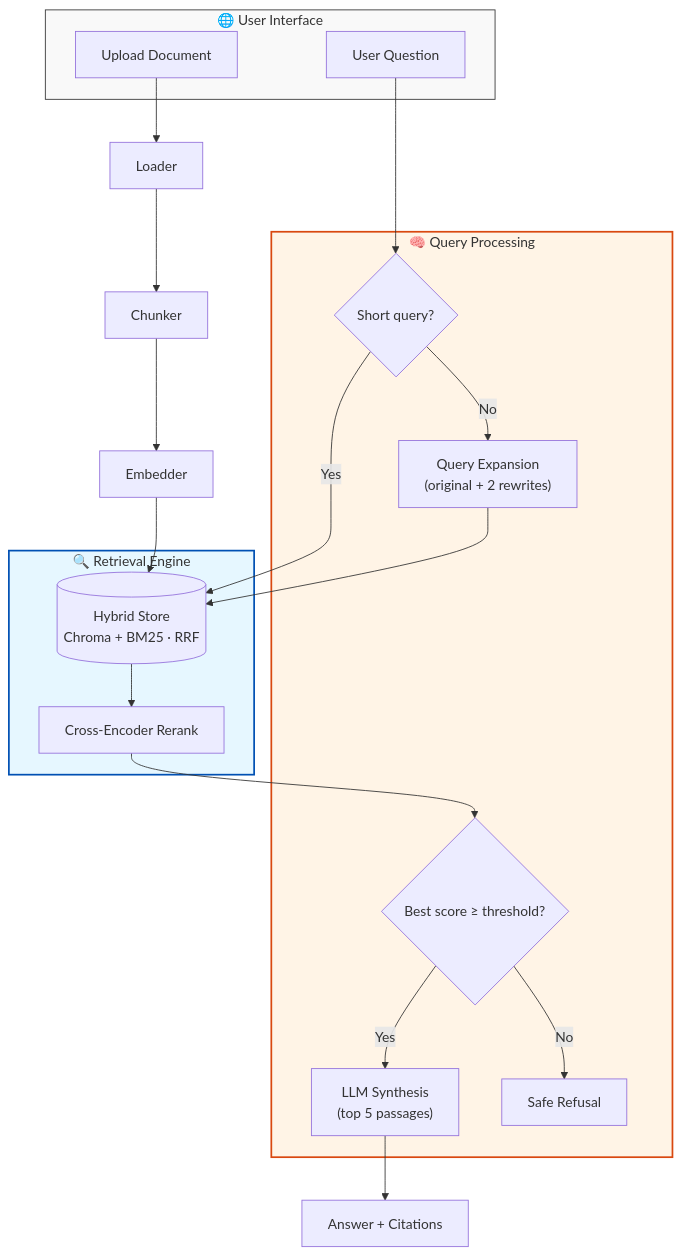
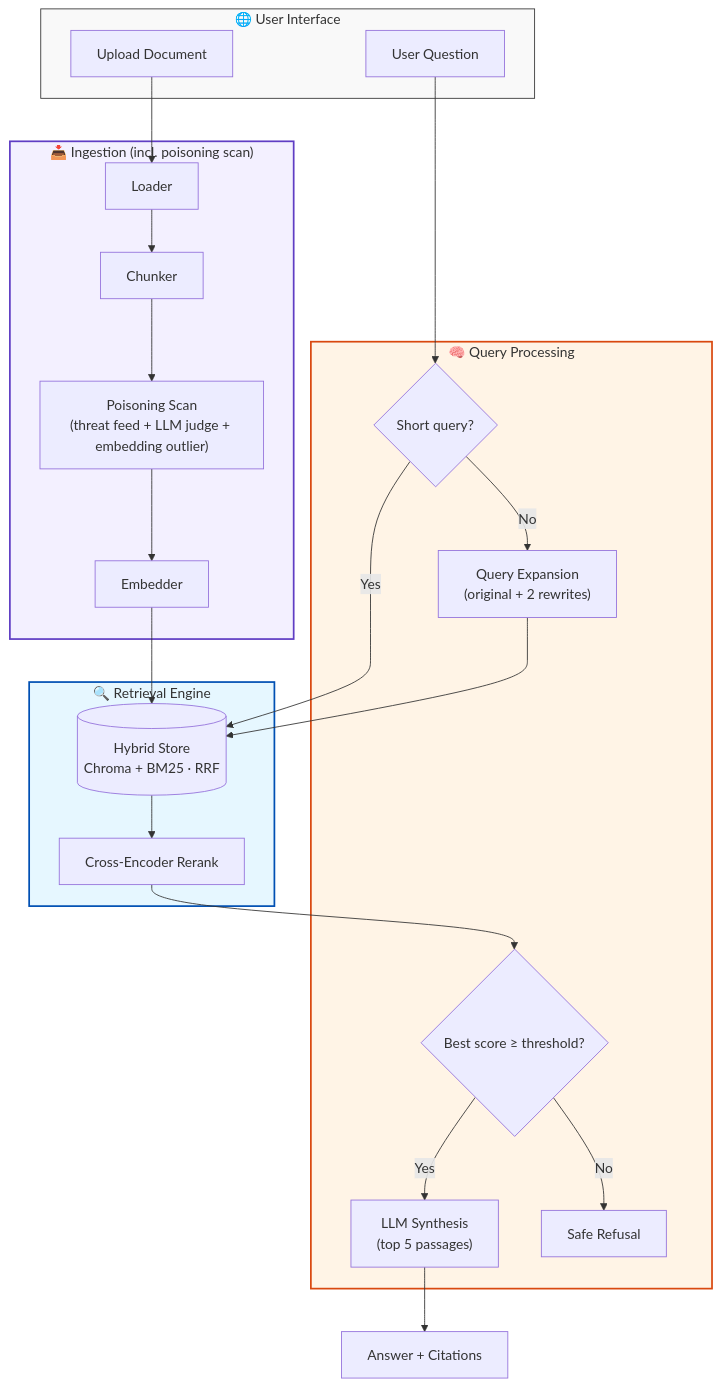
Before and after one commit to SakthiQ/ATTS-RAG: the first of 2 diagrams in README.md, drawn with Mermaid. The commit also changed other lines of this file and 39 other files, not shown here.

First line of the commit message:
feat: implement 3-layer security pipeline, offline flywheel, PyMuPDF loader, and frontend integration

````diff
--- a/README.md
+++ b/README.md
@@ -56,36 +67,42 @@
 ```mermaid
 flowchart TD
     subgraph UserInterface["🌐 User Interface"]
         Q["User Question"]
         U["Upload Document"]
     end
 
     subgraph QueryLayer["🧠 Query Processing"]
         FP{"Short query?"}
         MQ["Query Expansion<br/>(original + 2 rewrites)"]
         TH{"Best score ≥ threshold?"}
         LLM["LLM Synthesis<br/>(top 5 passages)"]
         REF["Safe Refusal"]
     end
 
     subgraph RetrievalEngine["🔍 Retrieval Engine"]
         VS[("Hybrid Store<br/>Chroma + BM25 · RRF")]
         RK["Cross-Encoder Rerank"]
     end
 
+    subgraph IngestionPipeline["📥 Ingestion (incl. poisoning scan)"]
+        Loader --> Chunker --> Guard["Poisoning Scan<br/>(threat feed + LLM judge + embedding outlier)"] --> Embedder
+    end
+
     Q --> FP
     FP -->|No| MQ
     FP -->|Yes| VS
     MQ --> VS
     VS --> RK
     RK --> TH
     TH -->|Yes| LLM
     TH -->|No| REF
     LLM --> Answer["Answer + Citations"]
-    
-    U --> Loader --> Chunker --> Embedder --> VS
+
+    U --> Loader
+    Embedder --> VS
 
     style QueryLayer fill:#fff4e6,stroke:#d9480f,stroke-width:2px
     style RetrievalEngine fill:#e6f7ff,stroke:#0050b3,stroke-width:2px
     style UserInterface fill:#f9f9f9,stroke:#333
+    style IngestionPipeline fill:#f3f0ff,stroke:#5f3dc4,stroke-width:2px
 ```
````
